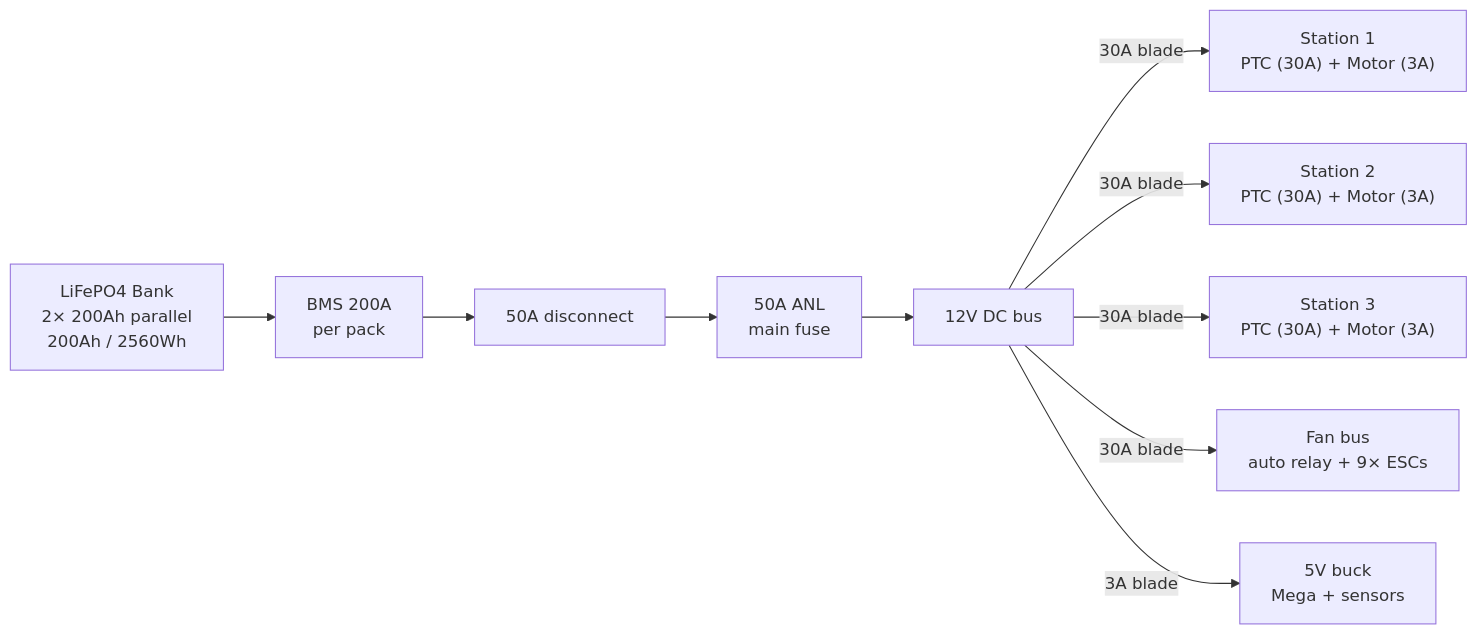
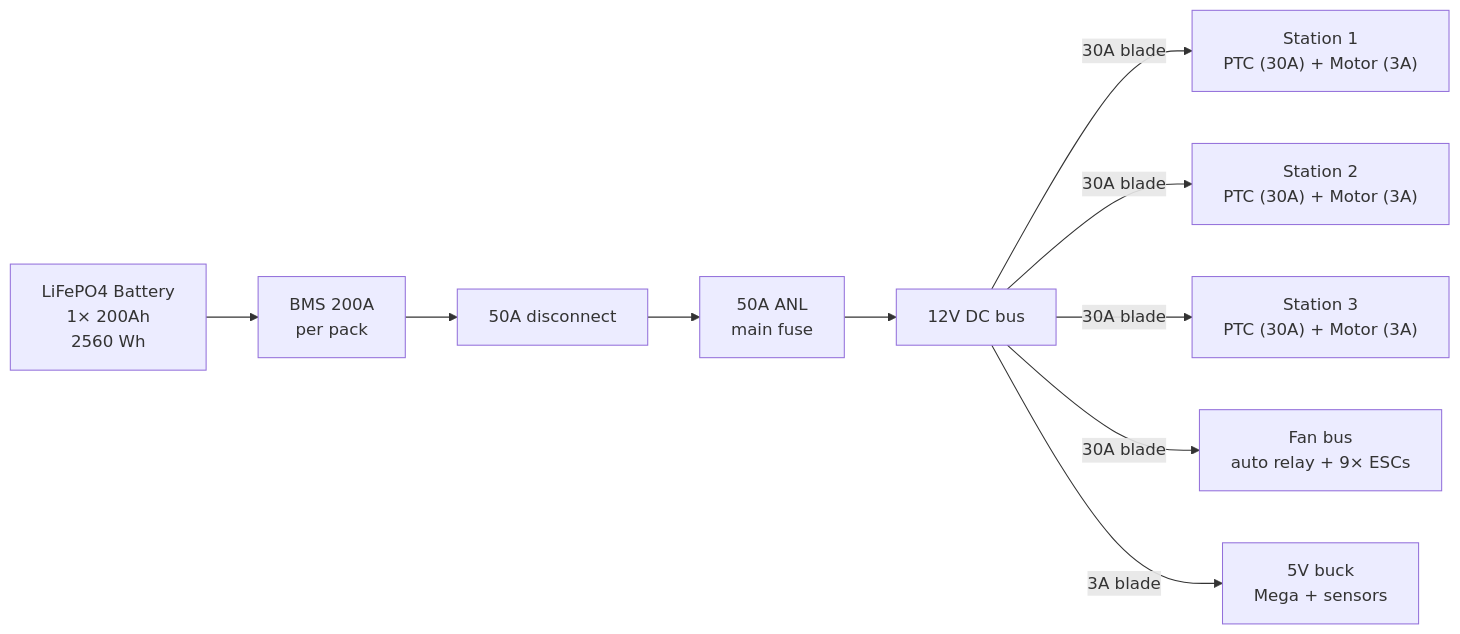
The second of 4 diagrams in docs/SYSTEM-ARCHITECTURE.md (qppd/umbrella-dryer-v2), drawn with Mermaid before and after one commit. The commit also changed other lines of this file and 8 other files, not shown here.

````diff
--- a/docs/SYSTEM-ARCHITECTURE.md
+++ b/docs/SYSTEM-ARCHITECTURE.md
@@ -72,16 +72,16 @@
 ```mermaid
 flowchart LR
-    BANK["LiFePO4 Bank<br/>2× 200Ah parallel<br/>200Ah / 2560Wh"]
+    BANK["LiFePO4 Battery<br/>1× 200Ah<br/>2560 Wh"]
     BMS["BMS 200A<br/>per pack"]
     DISC["50A disconnect"]
     FUSE_M["50A ANL<br/>main fuse"]
     BUS["12V DC bus"]
 
     BANK --> BMS --> DISC --> FUSE_M --> BUS
 
     BUS -->|"30A blade"| S1["Station 1<br/>PTC (30A) + Motor (3A)"]
     BUS -->|"30A blade"| S2["Station 2<br/>PTC (30A) + Motor (3A)"]
     BUS -->|"30A blade"| S3["Station 3<br/>PTC (30A) + Motor (3A)"]
     BUS -->|"30A blade"| FANS["Fan bus<br/>auto relay + 9× ESCs"]
     BUS -->|"3A blade"| LOGIC["5V buck<br/>Mega + sensors"]
 ```
````
